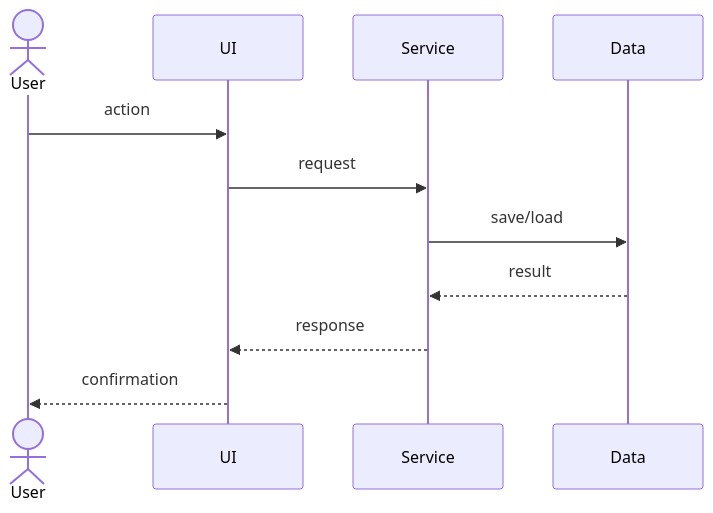
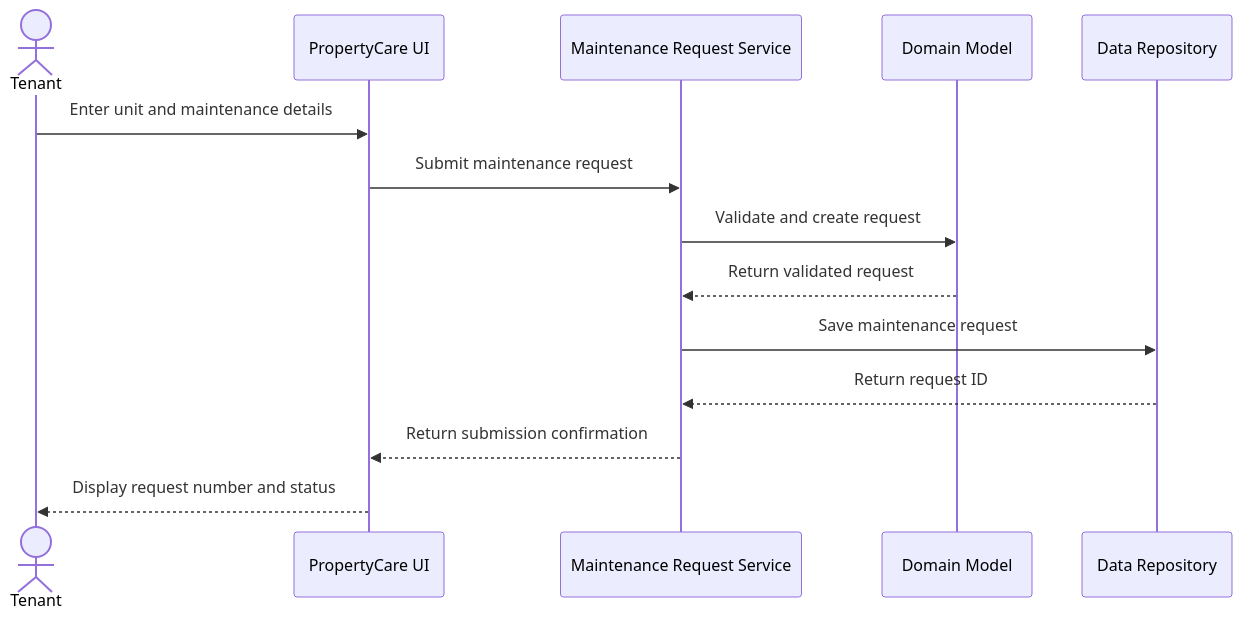
Before and after one commit to JaiKaushik03/cen5064-project-Jai: the fourth of 4 diagrams in README.md, drawn with Mermaid. The commit also changed other lines of this file, not shown here.

````diff
--- a/README.md
+++ b/README.md
@@ -64,14 +117,17 @@
 ```mermaid
-%% Sequence diagram: ONE core use case, end to end.
 sequenceDiagram
-    actor U as User
-    participant UI
-    participant S as Service
-    participant D as Data
-    U->>UI: action
-    UI->>S: request
-    S->>D: save/load
-    D-->>S: result
-    S-->>UI: response
-    UI-->>U: confirmation
+    actor T as Tenant
+    participant UI as PropertyCare UI
+    participant S as Maintenance Request Service
+    participant DM as Domain Model
+    participant D as Data Repository
+
+    T->>UI: Enter unit and maintenance details
+    UI->>S: Submit maintenance request
+    S->>DM: Validate and create request
+    DM-->>S: Return validated request
+    S->>D: Save maintenance request
+    D-->>S: Return request ID
+    S-->>UI: Return submission confirmation
+    UI-->>T: Display request number and status
 ```
````
